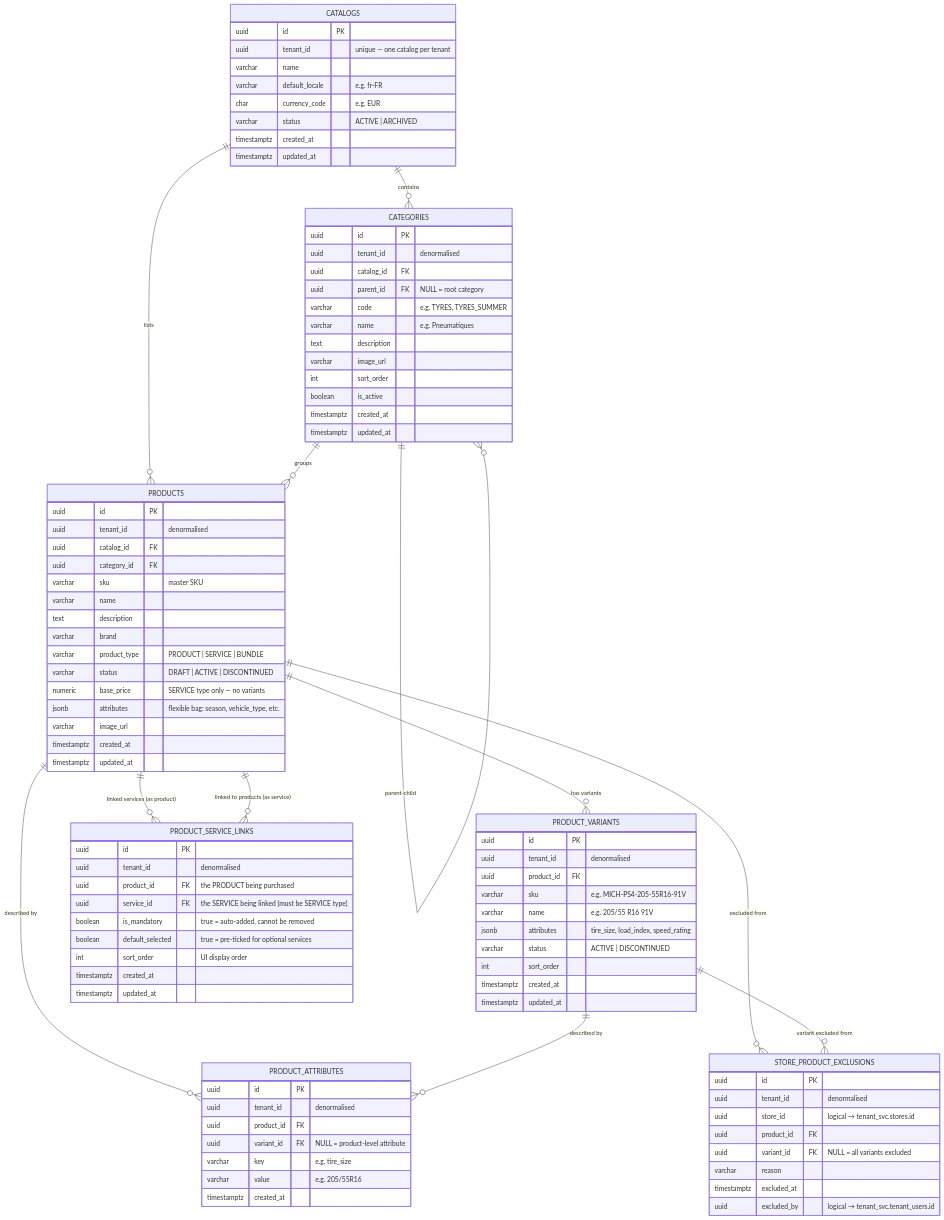
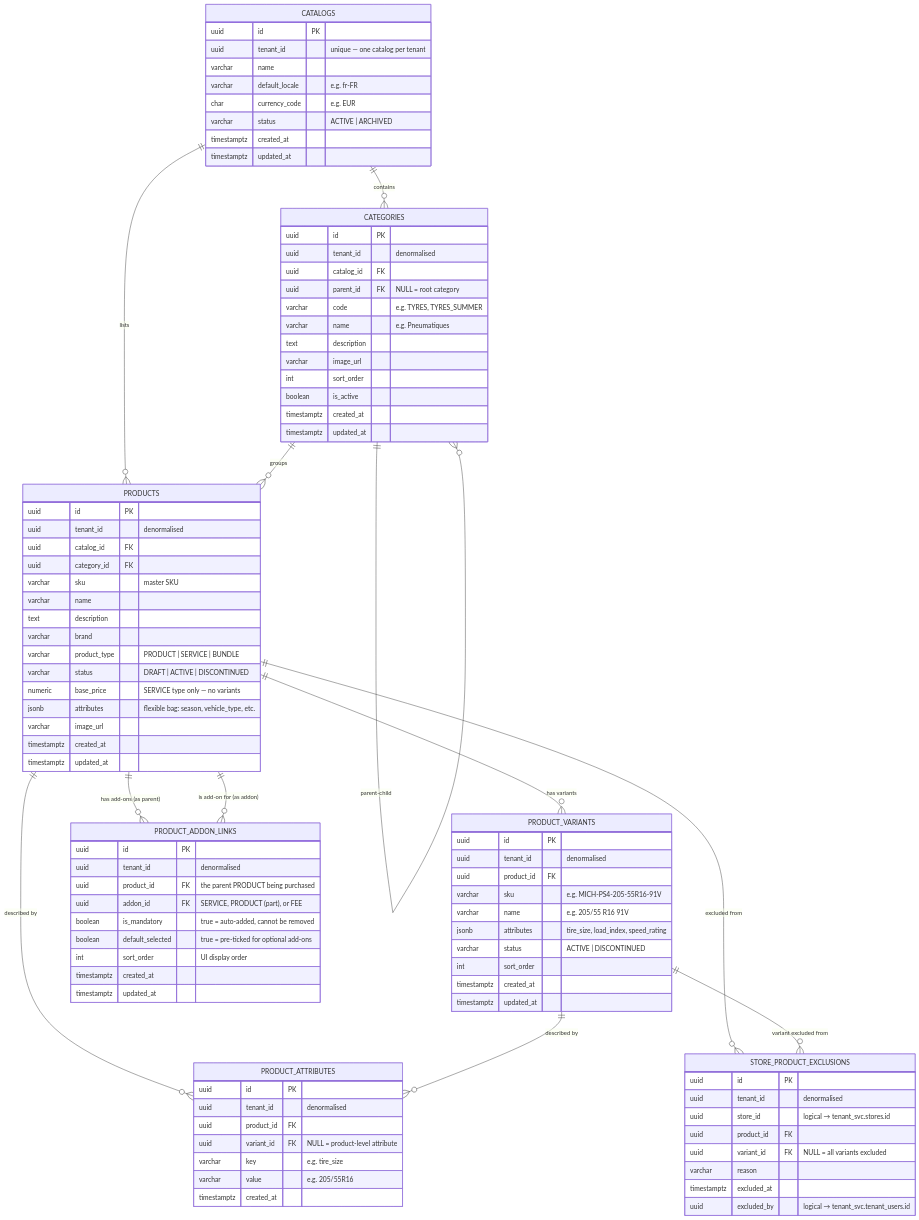
Before and after one commit to sumitjuyal/ecommerce-platform: the diagram in eComm/eCommDataModel/catalog-domain.md, drawn with Mermaid. The commit also changed other lines of this file and 1 other file, not shown here.

First line of the commit message:
Extend catalog_svc — FEE type, product_addon_links, full tyre package example

```diff
--- a/eComm/eCommDataModel/catalog-domain.md
+++ b/eComm/eCommDataModel/catalog-domain.md
@@ -76,8 +119,8 @@
   PRODUCTS          ||--o{ PRODUCT_VARIANTS         : "has variants"
   PRODUCTS          ||--o{ PRODUCT_ATTRIBUTES       : "described by"
   PRODUCT_VARIANTS  ||--o{ PRODUCT_ATTRIBUTES       : "described by"
-  PRODUCTS          ||--o{ PRODUCT_SERVICE_LINKS    : "linked services (as product)"
-  PRODUCTS          ||--o{ PRODUCT_SERVICE_LINKS    : "linked to products (as service)"
+  PRODUCTS          ||--o{ PRODUCT_ADDON_LINKS      : "has add-ons (as parent)"
+  PRODUCTS          ||--o{ PRODUCT_ADDON_LINKS      : "is add-on for (as addon)"
   PRODUCTS          ||--o{ STORE_PRODUCT_EXCLUSIONS : "excluded from"
   PRODUCT_VARIANTS  ||--o{ STORE_PRODUCT_EXCLUSIONS : "variant excluded from"
 
@@ -148,13 +191,13 @@
     timestamptz created_at
   }
 
-  PRODUCT_SERVICE_LINKS {
+  PRODUCT_ADDON_LINKS {
     uuid        id PK
     uuid        tenant_id             "denormalised"
-    uuid        product_id FK         "the PRODUCT being purchased"
-    uuid        service_id FK         "the SERVICE being linked (must be SERVICE type)"
+    uuid        product_id FK         "the parent PRODUCT being purchased"
+    uuid        addon_id FK           "SERVICE, PRODUCT (part), or FEE"
     boolean     is_mandatory          "true = auto-added, cannot be removed"
-    boolean     default_selected      "true = pre-ticked for optional services"
+    boolean     default_selected      "true = pre-ticked for optional add-ons"
     int         sort_order            "UI display order"
     timestamptz created_at
     timestamptz updated_at
```
